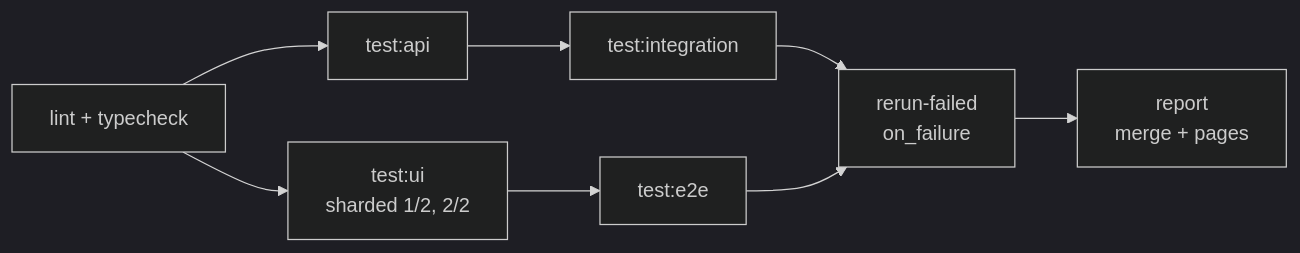
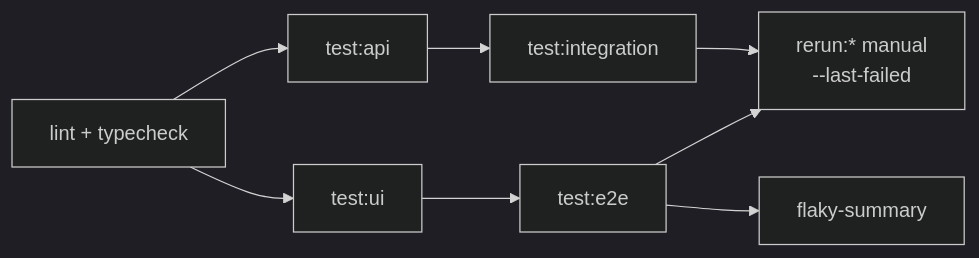
The diagram in docs/04-automation-plan.md (deli-sdet/snipeit-qa-automation), drawn with Mermaid (dark theme) before and after one commit. The commit also changed other lines of this file and 55 other files, not shown here.

````diff
--- a/docs/04-automation-plan.md
+++ b/docs/04-automation-plan.md
@@ -98,10 +103,10 @@
 ```mermaid
 flowchart LR
   L[lint + typecheck] --> A[test:api]
-  L --> U[test:ui<br/>sharded 1/2, 2/2]
+  L --> U[test:ui]
   A --> I[test:integration]
   U --> E[test:e2e]
-  I --> R[rerun-failed<br/>on_failure]
+  I --> R[rerun:* manual<br/>--last-failed]
   E --> R
-  R --> P[report<br/>merge + pages]
+  E --> P[flaky-summary]
 ```
````
